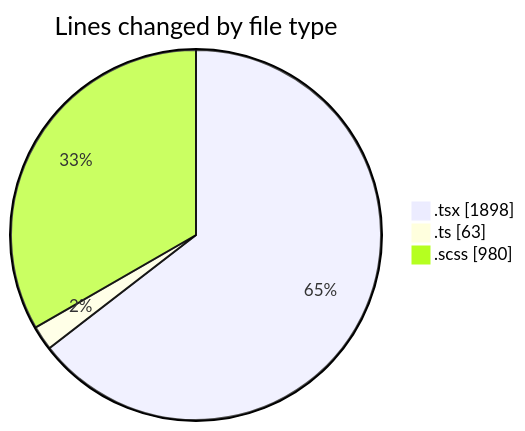
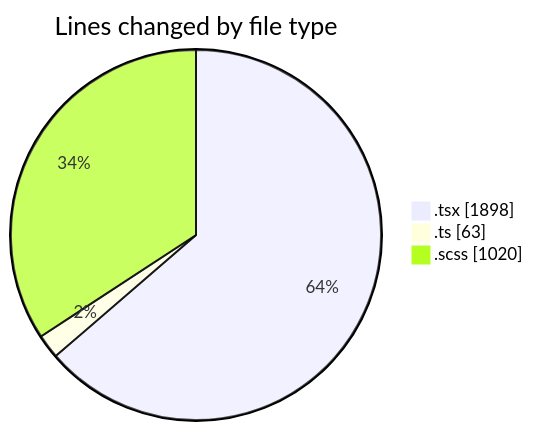
Before and after one commit to momahboobian/code-tracking: the first of 2 diagrams in 2025-04-02/cda/README.md, drawn with Mermaid. The commit also changed other lines of this file and 1 other file, not shown here.

````diff
--- a/2025-04-02/cda/README.md
+++ b/2025-04-02/cda/README.md
@@ -30,7 +30,7 @@
 ```mermaid
 pie showData
 title Lines changed by file type
 ".tsx" : 1898
 ".ts" : 63
-".scss" : 980
+".scss" : 1020
 ```
````
